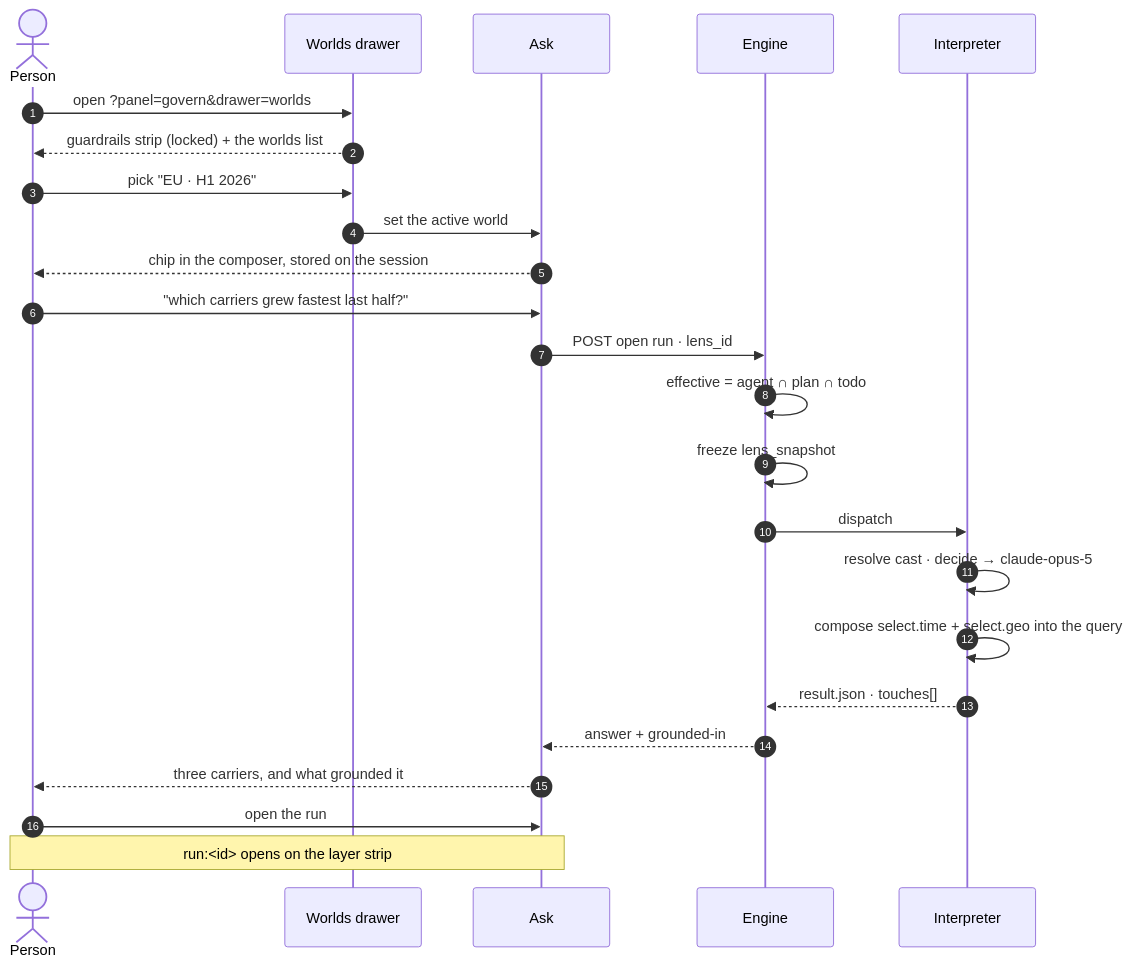
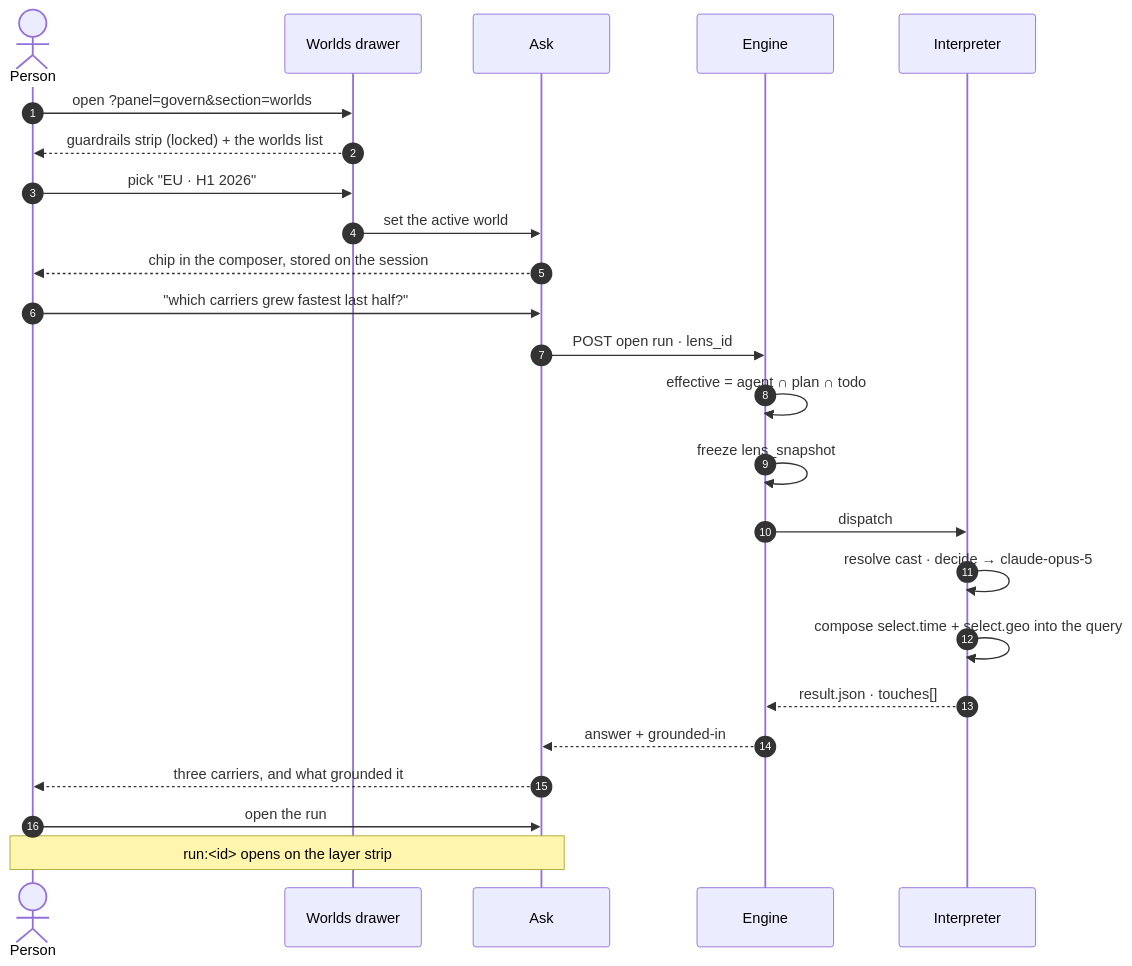
One commit to invana/invana changed the first of 4 diagrams in docs/for-developers/modules/govern/features/worlds.md. Above: the diagram before and after it, drawn with Mermaid. The commit also changed 85 other files, not shown here.

First line of the commit message:
feat(studio): a stacked panel names its open section with ?section=

````diff
--- a/docs/for-developers/modules/govern/features/worlds.md
+++ b/docs/for-developers/modules/govern/features/worlds.md
@@ -40,27 +40,27 @@
 ```mermaid
 sequenceDiagram
     autonumber
     actor P as Person
     participant W as Worlds drawer
     participant A as Ask
     participant E as Engine
     participant I as Interpreter
 
-    P->>W: open ?panel=govern&drawer=worlds
+    P->>W: open ?panel=govern&section=worlds
     W-->>P: guardrails strip (locked) + the worlds list
     P->>W: pick "EU · H1 2026"
     W->>A: set the active world
     A-->>P: chip in the composer, stored on the session
     P->>A: "which carriers grew fastest last half?"
     A->>E: POST open run · lens_id
     E->>E: effective = agent ∩ plan ∩ todo
     E->>E: freeze lens_snapshot
     E->>I: dispatch
     I->>I: resolve cast · decide → claude-opus-5
     I->>I: compose select.time + select.geo into the query
     I-->>E: result.json · touches[]
     E-->>A: answer + grounded-in
     A-->>P: three carriers, and what grounded it
     P->>A: open the run
     Note over P,A: run:<id> opens on the layer strip
 ```
````
